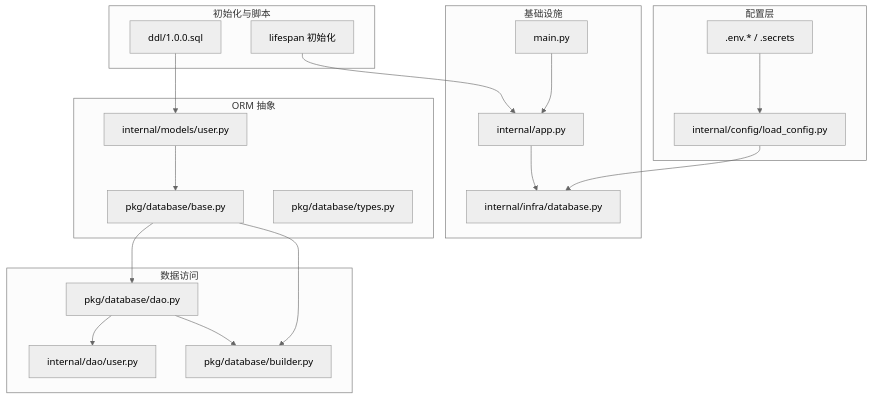
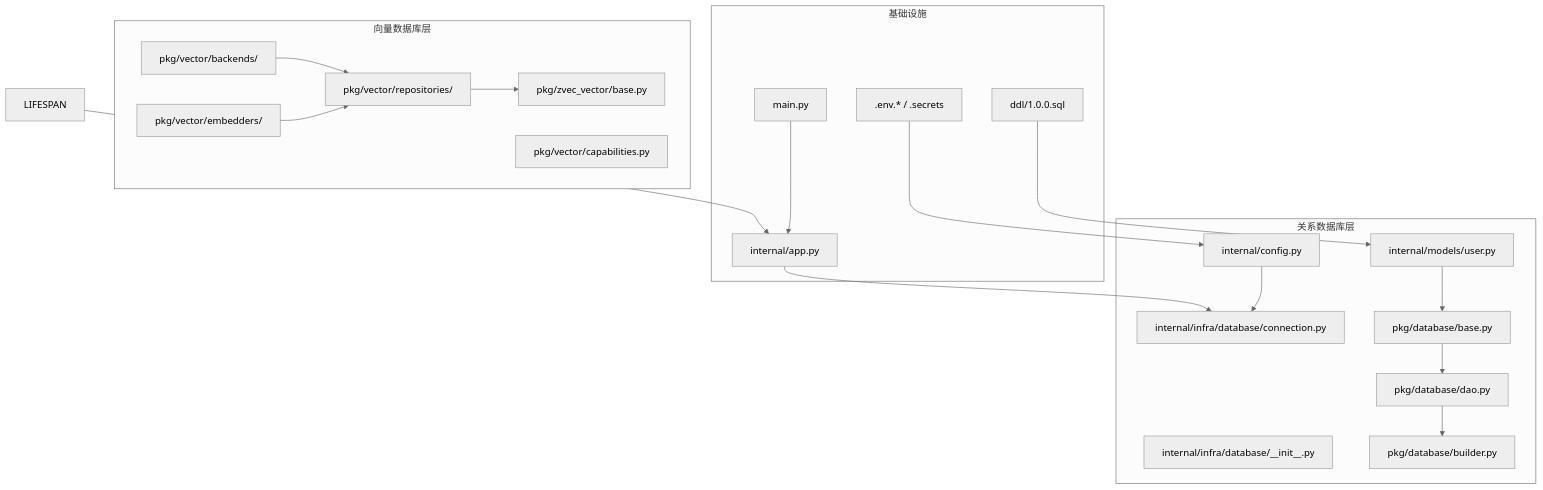
The first of 10 diagrams in .qoder/repowiki/zh/content/数据库集成/数据库集成.md (lilinzezzzzzz/fastapi-backend), drawn with Mermaid (neutral theme) before and after one commit. The commit also changed other lines of this file and 42 other files, not shown here.

````diff
--- a/.qoder/repowiki/zh/content/数据库集成/数据库集成.md
+++ b/.qoder/repowiki/zh/content/数据库集成/数据库集成.md
@@ -49,37 +80,37 @@
 ```mermaid
 graph TB
-subgraph "配置层"
-CFG["internal/config/load_config.py"]
+subgraph "关系数据库层"
+CFG["internal/config.py"]
+CONN["internal/infra/database/connection.py"]
+INIT["internal/infra/database/__init__.py"]
+BASE["pkg/database/base.py"]
+DAO["pkg/database/dao.py"]
+BUILDER["pkg/database/builder.py"]
+MODELS["internal/models/user.py"]
+end
+subgraph "向量数据库层"
+VECBACK["pkg/vector/backends/"]
+VECSTORE["pkg/zvec_vector/base.py"]
+EMBED["pkg/vector/embedders/"]
+REPO["pkg/vector/repositories/"]
+CAP["pkg/vector/capabilities.py"]
+end
+subgraph "基础设施"
+APP["internal/app.py"]
+MAIN["main.py"]
+DDL["ddl/1.0.0.sql"]
 ENV[".env.* / .secrets"]
 end
-subgraph "基础设施"
-INF["internal/infra/database.py"]
-APP["internal/app.py"]
-MAIN["main.py"]
-end
-subgraph "ORM 抽象"
-BASE["pkg/database/base.py"]
-TYPES["pkg/database/types.py"]
-MODELS["internal/models/user.py"]
-end
-subgraph "数据访问"
-DAO["pkg/database/dao.py"]
-DAO_USER["internal/dao/user.py"]
-BUILDER["pkg/database/builder.py"]
-end
-subgraph "初始化与脚本"
-LIFESPAN["lifespan 初始化"]
-DDL["ddl/1.0.0.sql"]
-end
 ENV --> CFG
-CFG --> INF
-APP --> INF
+CFG --> CONN
+APP --> CONN
 MAIN --> APP
 MODELS --> BASE
 BASE --> DAO
-DAO --> DAO_USER
-BASE --> BUILDER
 DAO --> BUILDER
 LIFESPAN --> APP
 DDL --> MODELS
+VECBACK --> REPO
+EMBED --> REPO
+REPO --> VECSTORE
 ```
````
